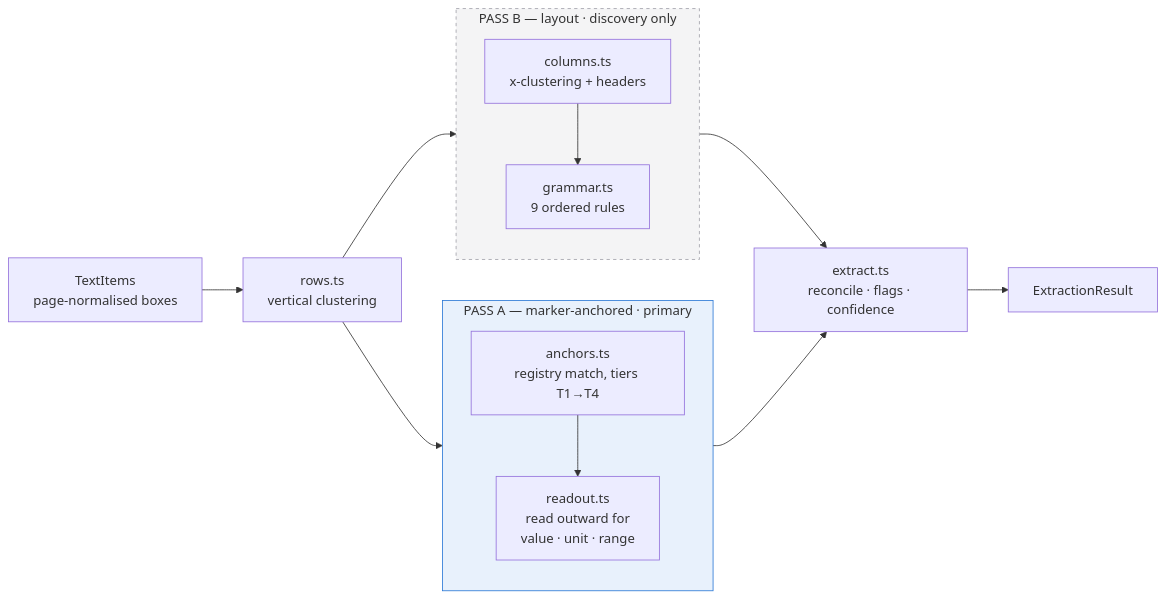
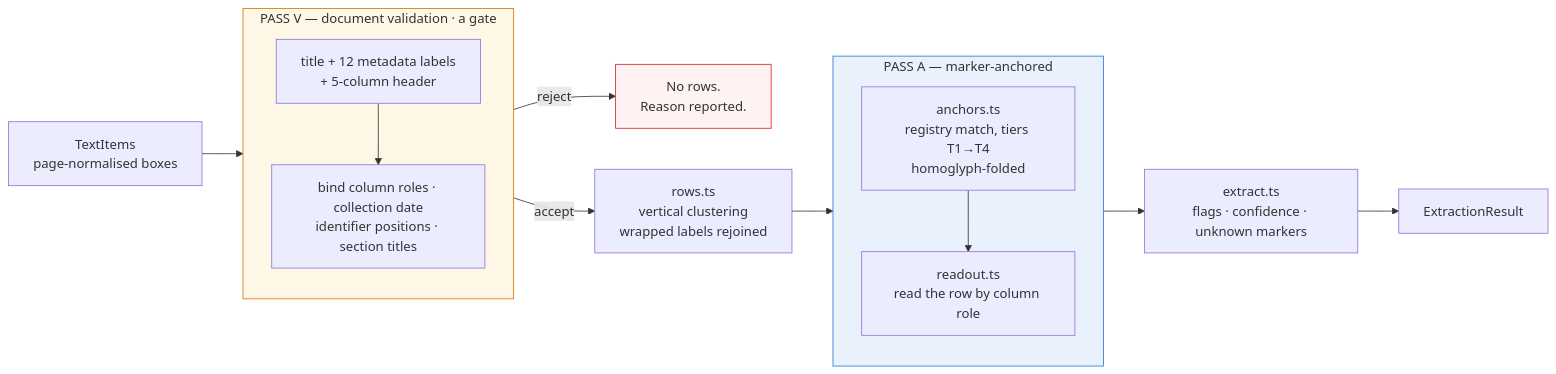
One commit to vdassios/Medigraph changed the third of 5 diagrams in README.md. Above: the diagram before and after it, drawn with Mermaid. The commit also changed other lines of this file, not shown here.

First line of the commit message:
docs(readme): rewrite for ΑΗΦΥ-only input and categorical results

````diff
--- a/README.md
+++ b/README.md
@@ -116,27 +165,27 @@
 ```mermaid
 flowchart LR
-  TI["TextItems<br/>page-normalised boxes"] --> RW["rows.ts<br/>vertical clustering"]
+  subgraph V["PASS V — document validation · a gate"]
+    direction TB
+    VT["title + 12 metadata labels<br/>+ 5-column header"]
+    VB["bind column roles · collection date<br/>identifier positions · section titles"]
+    VT --> VB
+  end
 
-  subgraph PA["PASS A — marker-anchored · primary"]
+  subgraph PA["PASS A — marker-anchored"]
     direction TB
-    AN["anchors.ts<br/>registry match, tiers T1→T4"]
-    RO["readout.ts<br/>read outward for<br/>value · unit · range"]
+    AN["anchors.ts<br/>registry match, tiers T1→T4<br/>homoglyph-folded"]
+    RO["readout.ts<br/>read the row by column role"]
     AN --> RO
   end
 
-  subgraph PB["PASS B — layout · discovery only"]
-    direction TB
-    CO["columns.ts<br/>x-clustering + headers"]
-    GR["grammar.ts<br/>9 ordered rules"]
-    CO --> GR
-  end
-
+  TI["TextItems<br/>page-normalised boxes"] --> V
+  V -->|"reject"| RJ["No rows.<br/>Reason reported."]
+  V -->|"accept"| RW["rows.ts<br/>vertical clustering<br/>wrapped labels rejoined"]
   RW --> PA
-  RW --> PB
-  RO --> RC["extract.ts<br/>reconcile · flags · confidence"]
-  GR --> RC
+  PA --> RC["extract.ts<br/>flags · confidence · unknown markers"]
   RC --> ER["ExtractionResult"]
 
+  style V fill:#fff7e6,stroke:#d97706
   style PA fill:#e8f1fc,stroke:#2a78d6
-  style PB fill:#f4f4f5,stroke:#a1a1aa,stroke-dasharray: 4 4
+  style RJ fill:#fef2f2,stroke:#dc2626
 ```
````
